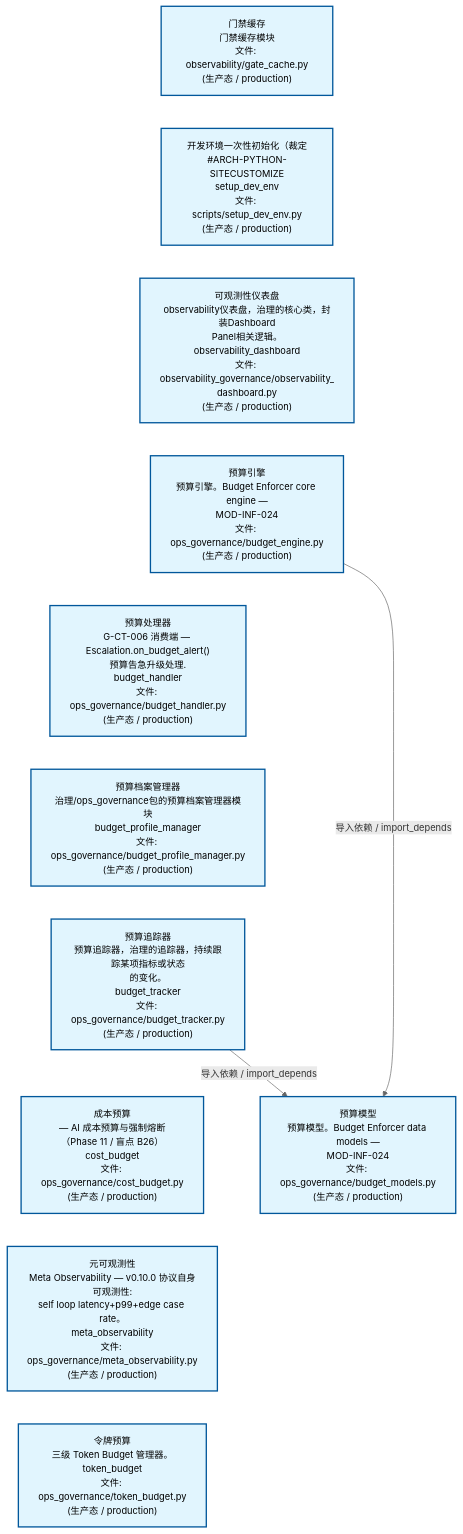
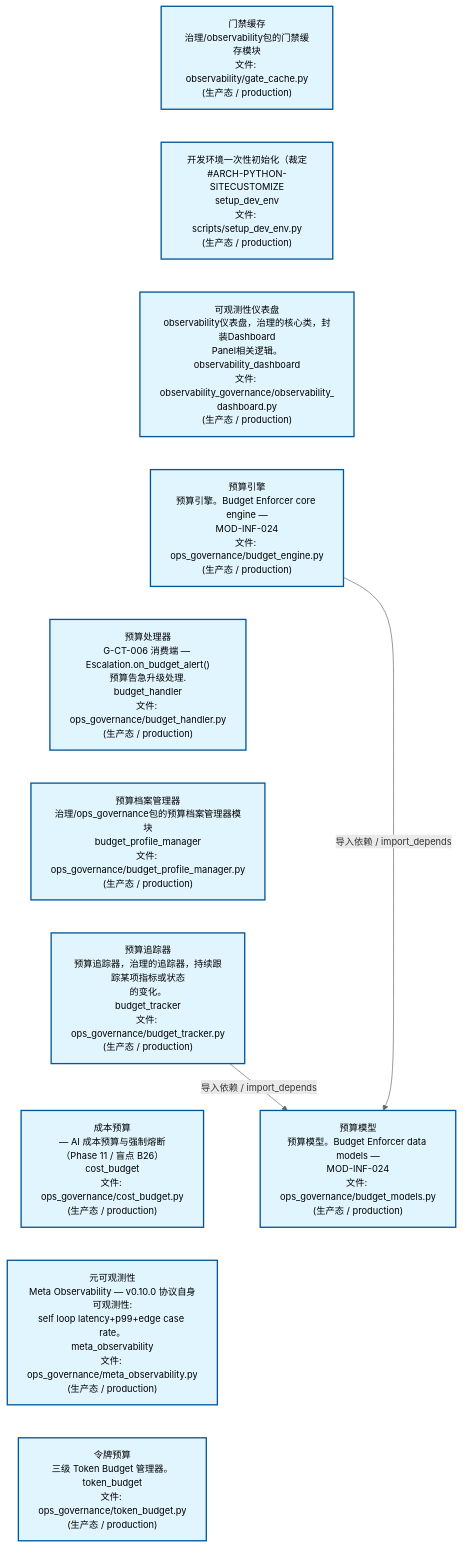
Before and after one commit to xuanFelixVan/ZephyrAlpha: the second of 3 diagrams in docs/02_enterprise_architecture/02_domain_architecture_docs/24_d_ops.md, drawn with Mermaid. The commit also changed other lines of this file and 42 other files, not shown here.

````diff
--- a/docs/02_enterprise_architecture/02_domain_architecture_docs/24_d_ops.md
+++ b/docs/02_enterprise_architecture/02_domain_architecture_docs/24_d_ops.md
@@ -125,31 +125,31 @@
 ```mermaid
 %%{init: {'theme': 'base', 'themeVariables': {'primaryColor': '#eaeaea', 'primaryTextColor': '#333333', 'primaryBorderColor': '#666666', 'lineColor': '#666666', 'secondaryColor': '#eaeaea', 'tertiaryColor': '#eaeaea', 'fontSize': '14px'}}}%%
 flowchart TD
-    scripts_governance_observability_gate_cache_py["门禁缓存<br/>门禁缓存模块<br/>文件: observability/gate_cache.py<br/>(生产态 / production)"]
+    scripts_governance_observability_gate_cache_py["门禁缓存<br/>治理/observability包的门禁缓存模块<br/>文件: observability/gate_cache.py<br/>(生产态 / production)"]
     scripts_setup_dev_env_py["开发环境一次性初始化（裁定<br/>#ARCH-PYTHON-SITECUSTOMIZE<br/>setup_dev_env<br/>文件: scripts/setup_dev_env.py<br/>(生产态 / production)"]
     src_zephyr_governance_observability_governance_observability_dashboard_py["可观测性仪表盘<br/>observability仪表盘，治理的核心类，封装Dashboard<br/>Panel相关逻辑。<br/>observability_dashboard<br/>文件: observability_governance/observability_<br/>dashboard.py<br/>(生产态 / production)"]
     src_zephyr_governance_ops_governance_budget_engine_py["预算引擎<br/>预算引擎。Budget Enforcer core engine —<br/>MOD-INF-024<br/>文件: ops_governance/budget_engine.py<br/>(生产态 / production)"]
     src_zephyr_governance_ops_governance_budget_handler_py["预算处理器<br/>G-CT-006 消费端 — Escalation.on_budget_alert()<br/>预算告急升级处理.<br/>budget_handler<br/>文件: ops_governance/budget_handler.py<br/>(生产态 / production)"]
     src_zephyr_governance_ops_governance_budget_profile_manager_py["预算档案管理器<br/>治理/ops_governance包的预算档案管理器模块<br/>budget_profile_manager<br/>文件: ops_governance/budget_profile_manager.py<br/>(生产态 / production)"]
     src_zephyr_governance_ops_governance_budget_tracker_py["预算追踪器<br/>预算追踪器，治理的追踪器，持续跟踪某项指标或状态<br/>的变化。<br/>budget_tracker<br/>文件: ops_governance/budget_tracker.py<br/>(生产态 / production)"]
     src_zephyr_governance_ops_governance_cost_budget_py["成本预算<br/>— AI 成本预算与强制熔断（Phase 11 / 盲点 B26）<br/>cost_budget<br/>文件: ops_governance/cost_budget.py<br/>(生产态 / production)"]
     src_zephyr_governance_ops_governance_meta_observability_py["元可观测性<br/>Meta Observability — v0.10.0 协议自身可观测性:<br/>self loop latency+p99+edge case rate。<br/>meta_observability<br/>文件: ops_governance/meta_observability.py<br/>(生产态 / production)"]
     src_zephyr_governance_ops_governance_token_budget_py["令牌预算<br/>三级 Token Budget 管理器。<br/>token_budget<br/>文件: ops_governance/token_budget.py<br/>(生产态 / production)"]
     scripts_governance_observability_gate_cache_py ~~~ scripts_setup_dev_env_py
     scripts_setup_dev_env_py ~~~ src_zephyr_governance_observability_governance_observability_dashboard_py
     src_zephyr_governance_observability_governance_observability_dashboard_py ~~~ src_zephyr_governance_ops_governance_budget_engine_py
     src_zephyr_governance_ops_governance_budget_engine_py ~~~ src_zephyr_governance_ops_governance_budget_handler_py
     src_zephyr_governance_ops_governance_budget_handler_py ~~~ src_zephyr_governance_ops_governance_budget_profile_manager_py
     src_zephyr_governance_ops_governance_budget_profile_manager_py ~~~ src_zephyr_governance_ops_governance_budget_tracker_py
     src_zephyr_governance_ops_governance_budget_tracker_py ~~~ src_zephyr_governance_ops_governance_cost_budget_py
     src_zephyr_governance_ops_governance_cost_budget_py ~~~ src_zephyr_governance_ops_governance_meta_observability_py
     src_zephyr_governance_ops_governance_meta_observability_py ~~~ src_zephyr_governance_ops_governance_token_budget_py
     src_zephyr_governance_ops_governance_budget_models_py["预算模型<br/>预算模型。Budget Enforcer data models —<br/>MOD-INF-024<br/>文件: ops_governance/budget_models.py<br/>(生产态 / production)"]
     src_zephyr_governance_ops_governance_budget_engine_py -->|导入依赖 / import_depends| src_zephyr_governance_ops_governance_budget_models_py
     src_zephyr_governance_ops_governance_budget_tracker_py -->|导入依赖 / import_depends| src_zephyr_governance_ops_governance_budget_models_py
     classDef production fill:#e1f5fe,stroke:#01579b,stroke-width:2px,color:#000
     classDef design fill:#fff3e0,stroke:#e65100,stroke-width:2px,color:#000,stroke-dasharray: 5 5
     classDef external_prod fill:#e8f4fd,stroke:#0277bd,stroke-width:1px,color:#000
     classDef external_design fill:#fff8e7,stroke:#ef6c00,stroke-width:1px,color:#000,stroke-dasharray: 5 5
     class scripts_governance_observability_gate_cache_py,scripts_setup_dev_env_py,src_zephyr_governance_observability_governance_observability_dashboard_py,src_zephyr_governance_ops_governance_budget_engine_py,src_zephyr_governance_ops_governance_budget_handler_py,src_zephyr_governance_ops_governance_budget_models_py,src_zephyr_governance_ops_governance_budget_profile_manager_py,src_zephyr_governance_ops_governance_budget_tracker_py,src_zephyr_governance_ops_governance_cost_budget_py,src_zephyr_governance_ops_governance_meta_observability_py,src_zephyr_governance_ops_governance_token_budget_py production
 ```
````
